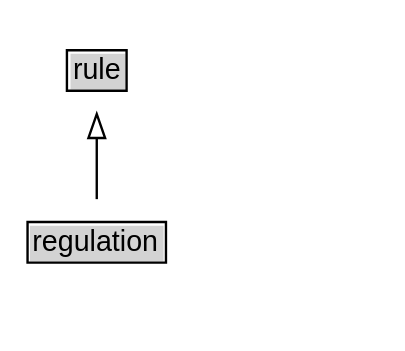
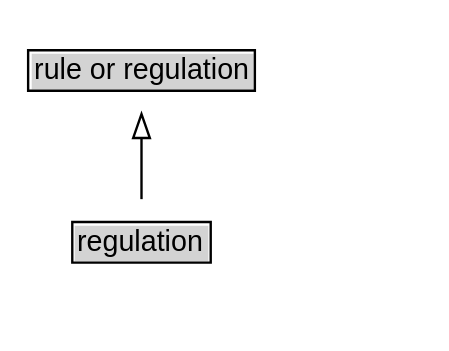
The diagram in preview/diagrams/regulation.dot (k-vaughn/iso24315-vocab), drawn with Graphviz before and after one commit. The commit also changed 195 other files, not shown here.

```diff
--- a/preview/diagrams/regulation.dot
+++ b/preview/diagrams/regulation.dot
@@ -1,16 +1,16 @@
 // Diagram for regulation
 digraph {
 	graph [overlap=false rankdir=TB splines=true]
 	node [fontname=Arial fontsize=12 margin=0 shape=none]
 	edge [fontname=Arial fontsize=11]
 	{
 		rank=max
 		regulation [label=<<TABLE BORDER="1" CELLBORDER="0" CELLSPACING="0" CELLPADDING="1"><TR><TD BGCOLOR="lightgray" ALIGN="CENTER" PORT="e">regulation</TD></TR></TABLE>> URL="../terms/regulation/" margin=0]
 	}
-	rule [label=<<TABLE BORDER="1" CELLBORDER="0" CELLSPACING="0" CELLPADDING="1"><TR><TD BGCOLOR="lightgray" ALIGN="CENTER">rule</TD></TR></TABLE>> URL="../terms/rule/" margin=0 target=_top]
+	ruleOrRegulation [label=<<TABLE BORDER="1" CELLBORDER="0" CELLSPACING="0" CELLPADDING="1"><TR><TD BGCOLOR="lightgray" ALIGN="CENTER">rule or regulation</TD></TR></TABLE>> URL="../terms/rule or regulation/" margin=0 target=_top]
 	subgraph cluster_associated {
 		label="" style=invis
 		Invis [label=<<TABLE BORDER="0" CELLBORDER="0" CELLSPACING="0" CELLPADDING="1"><TR><TD></TD></TR></TABLE>> margin=0 style=invis]
 	}
-	regulation -> rule [arrowhead=onormal style=solid]
+	regulation -> ruleOrRegulation [arrowhead=onormal style=solid]
 }
```
